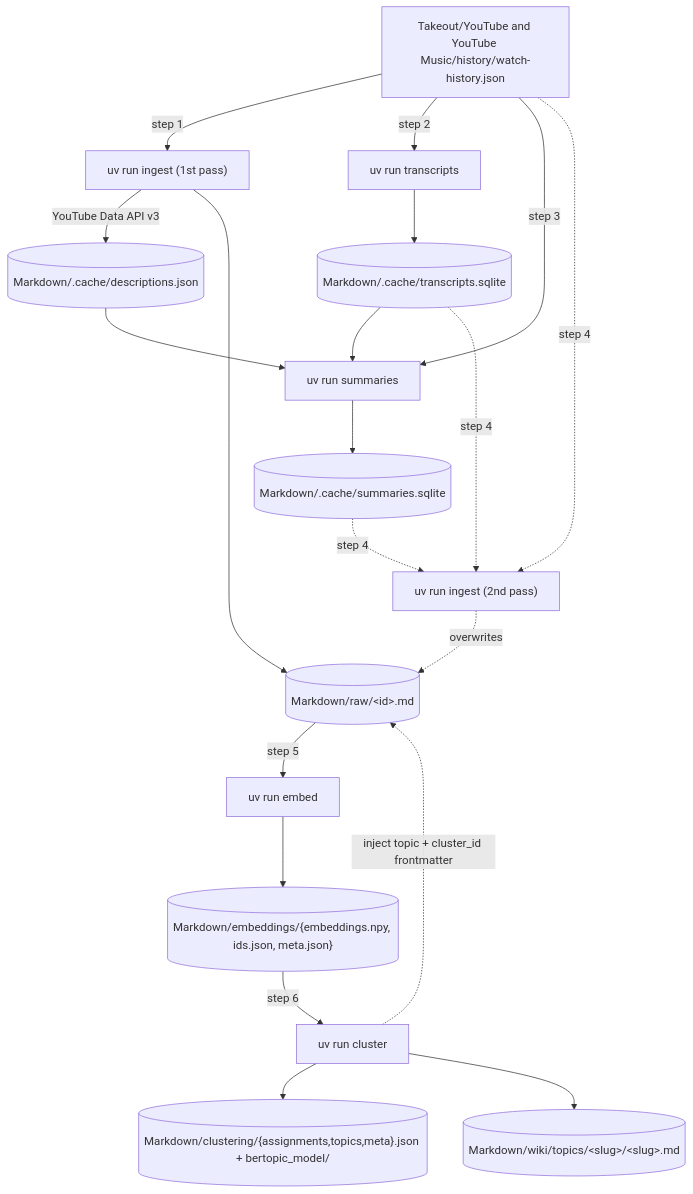
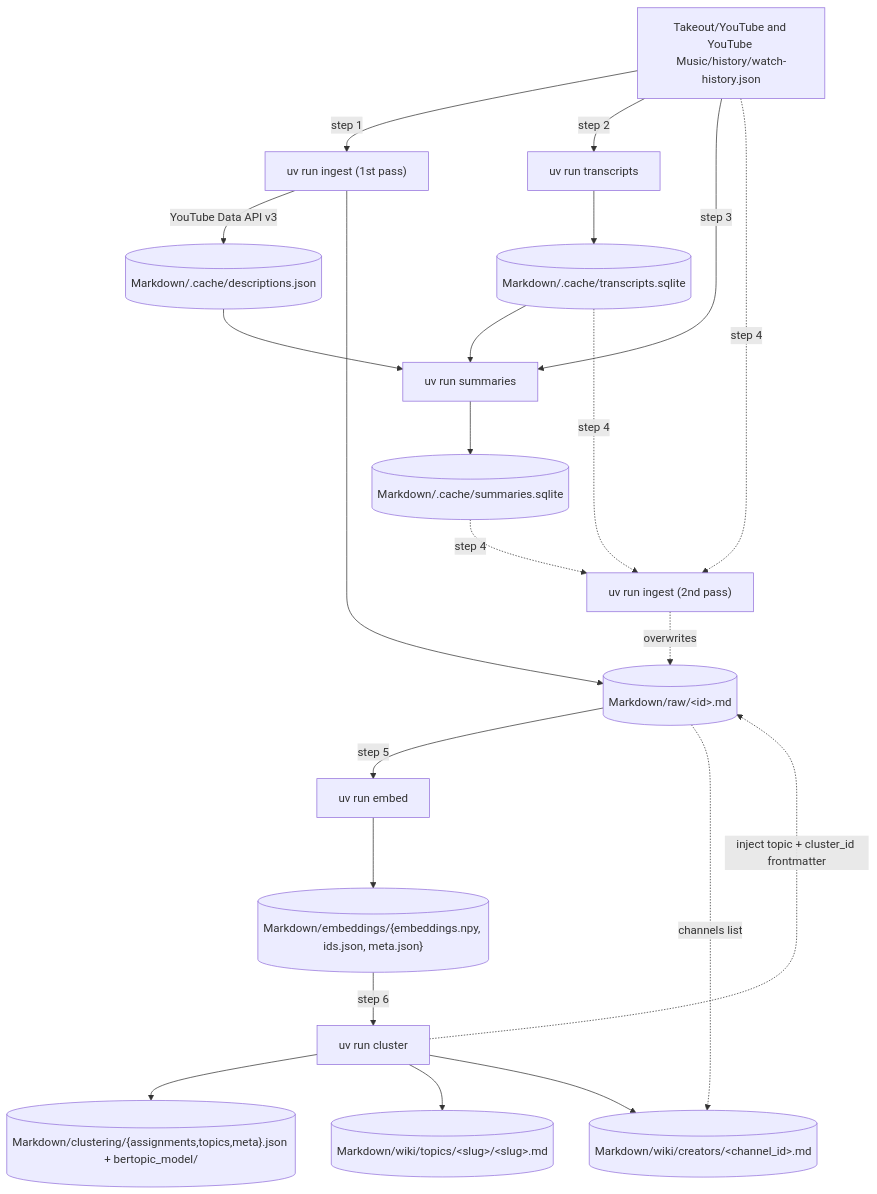
One commit to lars20070/youtubebrain changed the diagram in lat.md/overview.md. Above: the diagram before and after it, drawn with Mermaid. The commit also changed other lines of this file and 1 other file, not shown here.

Commit message:
Update creators list in lat.md

````diff
--- a/lat.md/overview.md
+++ b/lat.md/overview.md
@@ -37,30 +37,32 @@
 ```mermaid
 flowchart TD
     Input["Takeout/YouTube and YouTube Music/history/watch-history.json"]
 
     Input -->|step 1| Ingest1["uv run ingest (1st pass)"]
     Input -->|step 2| Transcripts["uv run transcripts"]
     Input -->|step 3| Summaries["uv run summaries"]
 
     Ingest1 -->|YouTube Data API v3| DescCache[("Markdown/.cache/descriptions.json")]
     Ingest1 --> Raw[("Markdown/raw/&lt;id&gt;.md")]
 
     Transcripts --> TxCache[("Markdown/.cache/transcripts.sqlite")]
 
     DescCache --> Summaries
     TxCache --> Summaries
     Summaries --> SmCache[("Markdown/.cache/summaries.sqlite")]
 
     TxCache -.->|step 4| Ingest2["uv run ingest (2nd pass)"]
     SmCache -.->|step 4| Ingest2
     Input -.->|step 4| Ingest2
     Ingest2 -.->|overwrites| Raw
 
     Raw -->|step 5| Embed["uv run embed"]
     Embed --> Emb[("Markdown/embeddings/{embeddings.npy, ids.json, meta.json}")]
 
     Emb -->|step 6| Cluster["uv run cluster"]
     Cluster --> Clu[("Markdown/clustering/{assignments,topics,meta}.json + bertopic_model/")]
     Cluster --> Wiki[("Markdown/wiki/topics/&lt;slug&gt;/&lt;slug&gt;.md")]
+    Cluster --> Creators[("Markdown/wiki/creators/&lt;channel_id&gt;.md")]
     Cluster -.->|inject topic + cluster_id frontmatter| Raw
+    Raw -.->|channels list| Creators
 ```
````
